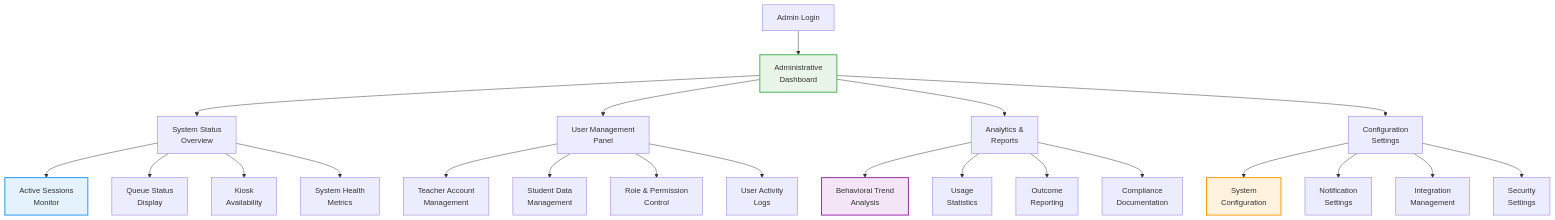
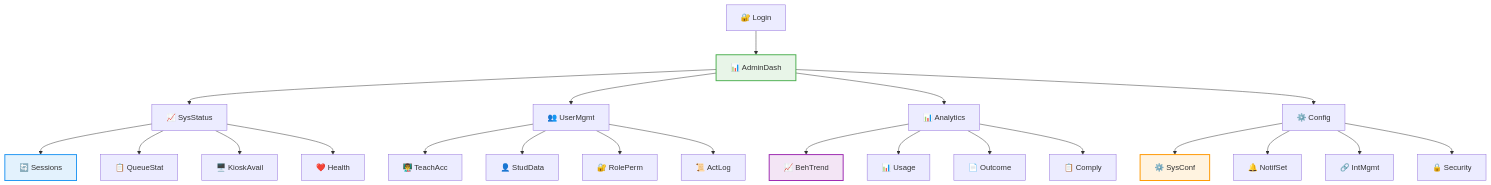
The second of 6 diagrams in docs/flowcharts/User-Journeys/13-admin-oversight-journey.md (Splurfa/bx-os), drawn with Mermaid before and after one commit. The commit also changed other lines of this file and 4 other files, not shown here.

Commit message:
Fix all flowchart text cutoff

````diff
--- a/docs/flowcharts/User-Journeys/13-admin-oversight-journey.md
+++ b/docs/flowcharts/User-Journeys/13-admin-oversight-journey.md
@@ -37,33 +59,33 @@
 ```mermaid
 flowchart TD
-    A[Admin Login] --> B[Administrative<br/>Dashboard]
-    B --> C[System Status<br/>Overview]
-    B --> D[User Management<br/>Panel]
-    B --> E[Analytics &<br/>Reports]
-    B --> F[Configuration<br/>Settings]
+    A[🔐 Login] --> B[📊 AdminDash]
+    B --> C[📈 SysStatus]
+    B --> D[👥 UserMgmt]
+    B --> E[📊 Analytics]
+    B --> F[⚙️ Config]
     
-    C --> G[Active Sessions<br/>Monitor]
-    C --> H[Queue Status<br/>Display]
-    C --> I[Kiosk<br/>Availability]
-    C --> J[System Health<br/>Metrics]
+    C --> G[🔄 Sessions]
+    C --> H[📋 QueueStat]
+    C --> I[🖥️ KioskAvail]
+    C --> J[❤️ Health]
     
-    D --> K[Teacher Account<br/>Management]
-    D --> L[Student Data<br/>Management]
-    D --> M[Role & Permission<br/>Control]
-    D --> N[User Activity<br/>Logs]
+    D --> K[👨‍🏫 TeachAcc]
+    D --> L[👤 StudData]
+    D --> M[🔐 RolePerm]
+    D --> N[📜 ActLog]
     
-    E --> O[Behavioral Trend<br/>Analysis]
-    E --> P[Usage<br/>Statistics]
-    E --> Q[Outcome<br/>Reporting]
-    E --> R[Compliance<br/>Documentation]
+    E --> O[📈 BehTrend]
+    E --> P[📊 Usage]
+    E --> Q[📄 Outcome]
+    E --> R[📋 Comply]
     
-    F --> S[System<br/>Configuration]
-    F --> T[Notification<br/>Settings]
-    F --> U[Integration<br/>Management]
-    F --> V[Security<br/>Settings]
+    F --> S[⚙️ SysConf]
+    F --> T[🔔 NotifSet]
+    F --> U[🔗 IntMgmt]
+    F --> V[🔒 Security]
     
     style B fill:#e8f5e8,stroke:#4caf50,stroke-width:2px
     style G fill:#e3f2fd,stroke:#2196f3,stroke-width:2px
     style O fill:#f3e5f5,stroke:#9c27b0,stroke-width:2px
     style S fill:#fff3e0,stroke:#ff9800,stroke-width:2px
 ```
````
